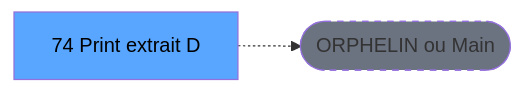
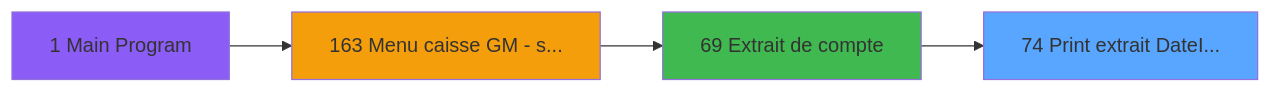
Before and after one commit to thonyAGP/magic-migration: the third of 4 diagrams in .openspec/specs/ADH-IDE-74.md, drawn with Mermaid. The commit also changed other lines of this file and 253 other files, not shown here.

````diff
--- a/.openspec/specs/ADH-IDE-74.md
+++ b/.openspec/specs/ADH-IDE-74.md
@@ -122,8 +922,14 @@
 ```mermaid
 graph LR
-    T[74 Print extrait D]
-    ORPHAN([ORPHELIN ou Main])
-    T -.-> ORPHAN
-    style T fill:#58a6ff,color:#000
-    style ORPHAN fill:#6b7280,stroke-dasharray: 5 5
+    T74[74 Print extrait DateI...]
+    style T74 fill:#58a6ff
+    CC1[1 Main Program]
+    style CC1 fill:#8b5cf6
+    CC163[163 Menu caisse GM - s...]
+    style CC163 fill:#f59e0b
+    CC69[69 Extrait de compte]
+    style CC69 fill:#3fb950
+    CC163 --> CC69
+    CC1 --> CC163
+    CC69 --> T74
 ```
````
